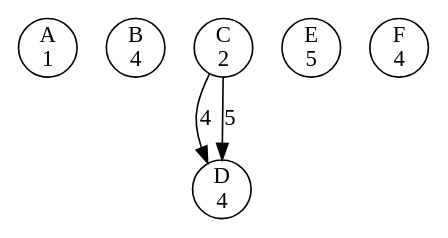
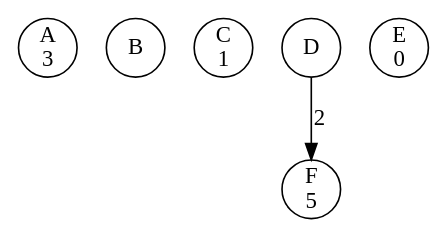
One commit to li23179/GO changed the diagram in concurrency-lab-2/bank/out/0000000016.gv. Above: the diagram before and after it, drawn with Graphviz. The commit also changed 110 other files, not shown here.

```diff
--- a/concurrency-lab-2/bank/out/0000000016.gv
+++ b/concurrency-lab-2/bank/out/0000000016.gv
@@ -1,10 +1,9 @@
 digraph bank {
-	 0 [label= "A\n1" , pos= "1,0!" , shape=circle, fixedsize=true, width=0.5 ]
-	 1 [label= "B\n4" , pos= "0,1!" , shape=circle, fixedsize=true, width=0.5 ]
-	 2 [label= "C\n2" , pos= "1,2!" , shape=circle, fixedsize=true, width=0.5 ]
-	 3 [label= "D\n4" , pos= "2,2!" , shape=circle, fixedsize=true, width=0.5 ]
-	 4 [label= "E\n5" , pos= "3,1!" , shape=circle, fixedsize=true, width=0.5 ]
-	 5 [label= "F\n4" , pos= "2,0!" , shape=circle, fixedsize=true, width=0.5 ]
-	 "2" -> "3" [label= "4" ]
-	 "2" -> "3" [label= "5" ]
+	 0 [label= "A\n3" , pos= "1,0!" , shape=circle, fixedsize=true, width=0.5 ]
+	 1 [label= "B\n" , pos= "0,1!" , shape=circle, fixedsize=true, width=0.5 ]
+	 2 [label= "C\n1" , pos= "1,2!" , shape=circle, fixedsize=true, width=0.5 ]
+	 3 [label= "D\n" , pos= "2,2!" , shape=circle, fixedsize=true, width=0.5 ]
+	 4 [label= "E\n0" , pos= "3,1!" , shape=circle, fixedsize=true, width=0.5 ]
+	 5 [label= "F\n5" , pos= "2,0!" , shape=circle, fixedsize=true, width=0.5 ]
+	 "3" -> "5" [label= "2" ]
 }
```
